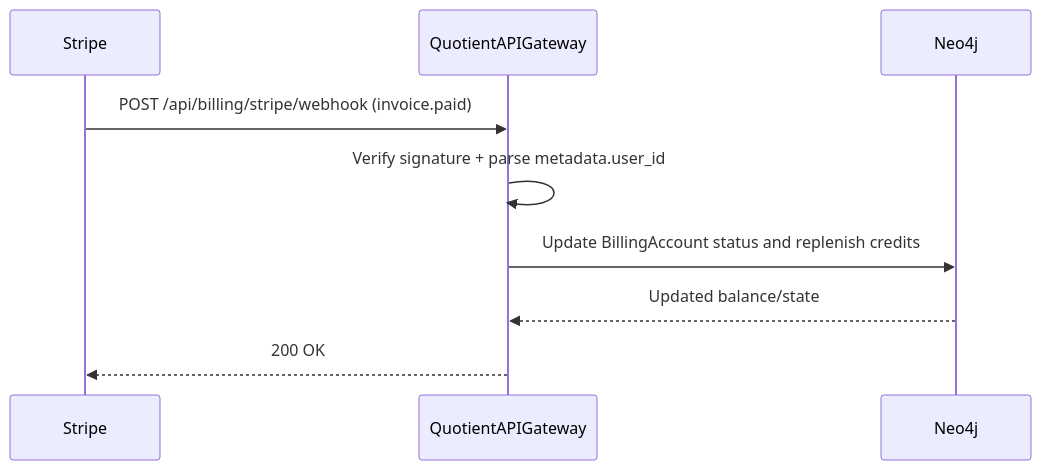
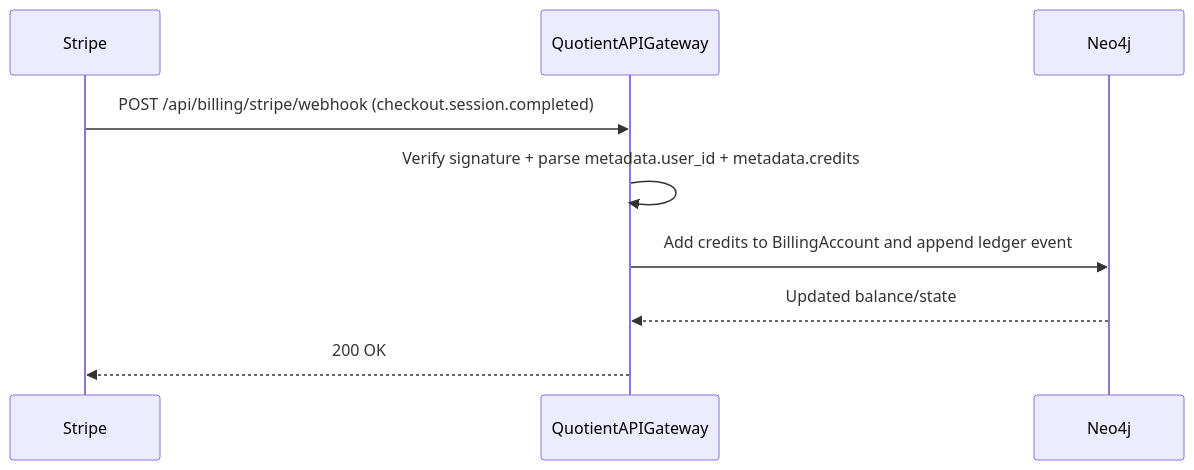
One commit to Quotient-Solutions-Inc/quotient-api-gateway changed the third of 3 diagrams in README.md. Above: the diagram before and after it, drawn with Mermaid. The commit also changed other lines of this file and 16 other files, not shown here.

````diff
--- a/README.md
+++ b/README.md
@@ -86,12 +88,12 @@
 ```mermaid
 sequenceDiagram
     participant Stripe as Stripe
     participant Gateway as QuotientAPIGateway
     participant Neo4j as Neo4j
 
-    Stripe->>Gateway: POST /api/billing/stripe/webhook (invoice.paid)
-    Gateway->>Gateway: Verify signature + parse metadata.user_id
-    Gateway->>Neo4j: Update BillingAccount status and replenish credits
+    Stripe->>Gateway: POST /api/billing/stripe/webhook (checkout.session.completed)
+    Gateway->>Gateway: Verify signature + parse metadata.user_id + metadata.credits
+    Gateway->>Neo4j: Add credits to BillingAccount and append ledger event
     Neo4j-->>Gateway: Updated balance/state
     Gateway-->>Stripe: 200 OK
 ```
````
